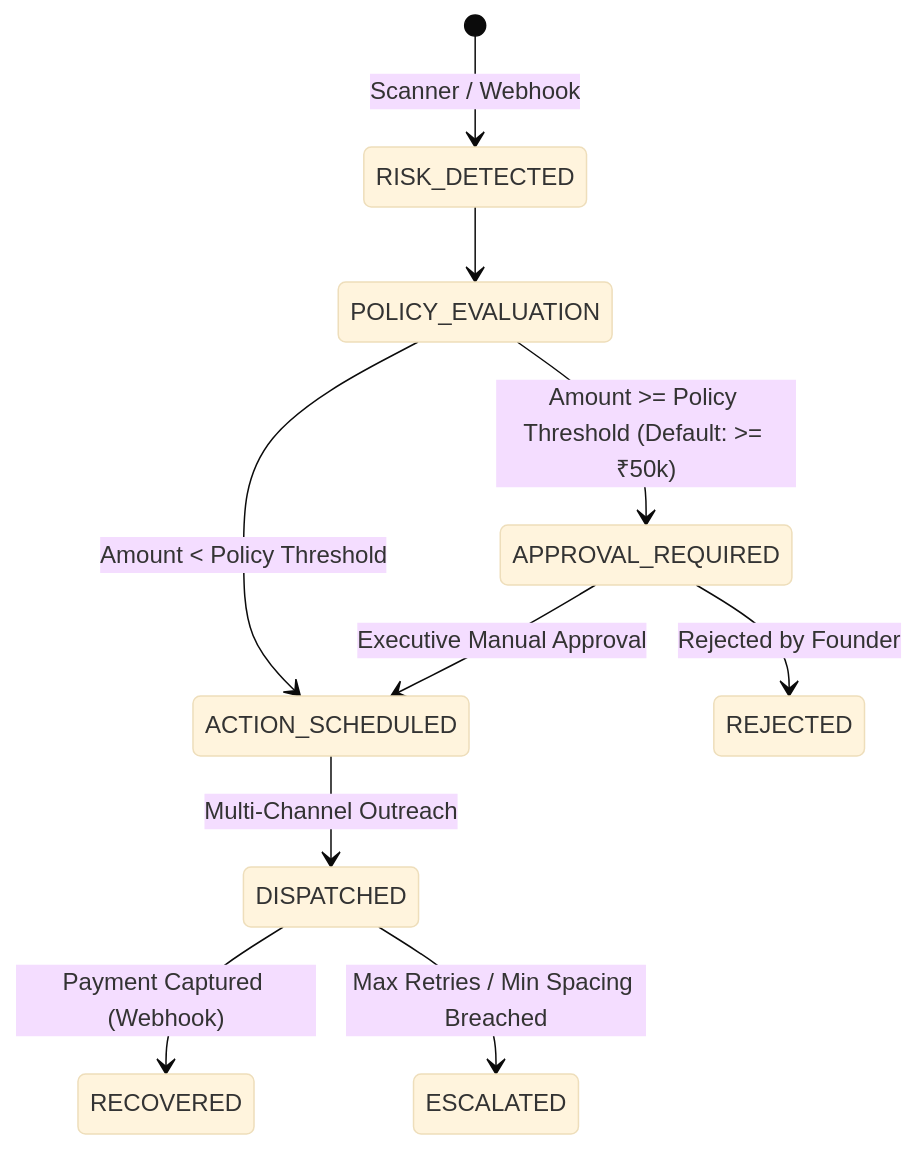
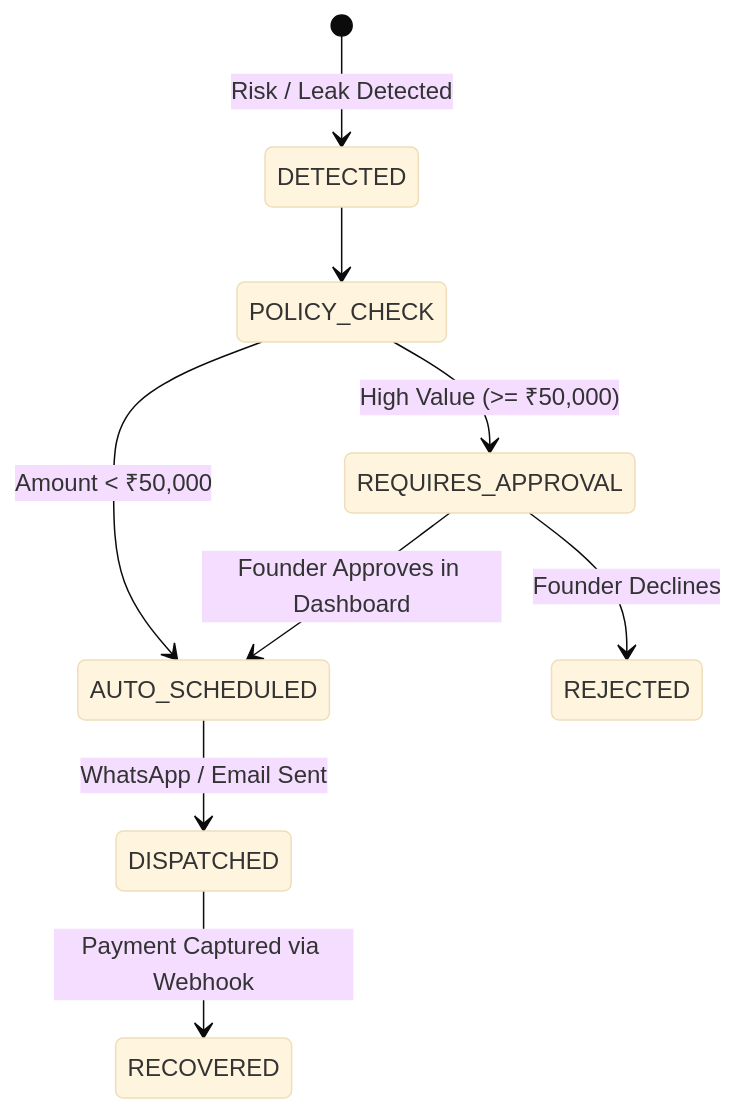
The second of 2 diagrams in README.md (khushikakade/CashPulse-AI), drawn with Mermaid (base theme) before and after one commit. The commit also changed other lines of this file, not shown here.

````diff
--- a/README.md
+++ b/README.md
@@ -160,15 +182,14 @@
 ```mermaid
 stateDiagram-v2
-    [*] --> RISK_DETECTED: Scanner / Webhook
-    RISK_DETECTED --> POLICY_EVALUATION
+    [*] --> DETECTED: Risk / Leak Detected
+    DETECTED --> POLICY_CHECK
     
-    POLICY_EVALUATION --> ACTION_SCHEDULED: Amount < Policy Threshold
-    POLICY_EVALUATION --> APPROVAL_REQUIRED: Amount >= Policy Threshold (Default: >= ₹50k)
+    POLICY_CHECK --> AUTO_SCHEDULED: Amount < ₹50,000
+    POLICY_CHECK --> REQUIRES_APPROVAL: High Value (>= ₹50,000)
     
-    APPROVAL_REQUIRED --> ACTION_SCHEDULED: Executive Manual Approval
-    APPROVAL_REQUIRED --> REJECTED: Rejected by Founder
+    REQUIRES_APPROVAL --> AUTO_SCHEDULED: Founder Approves in Dashboard
+    REQUIRES_APPROVAL --> REJECTED: Founder Declines
     
-    ACTION_SCHEDULED --> DISPATCHED: Multi-Channel Outreach
-    DISPATCHED --> RECOVERED: Payment Captured (Webhook)
-    DISPATCHED --> ESCALATED: Max Retries / Min Spacing Breached
+    AUTO_SCHEDULED --> DISPATCHED: WhatsApp / Email Sent
+    DISPATCHED --> RECOVERED: Payment Captured via Webhook
 ```
````
